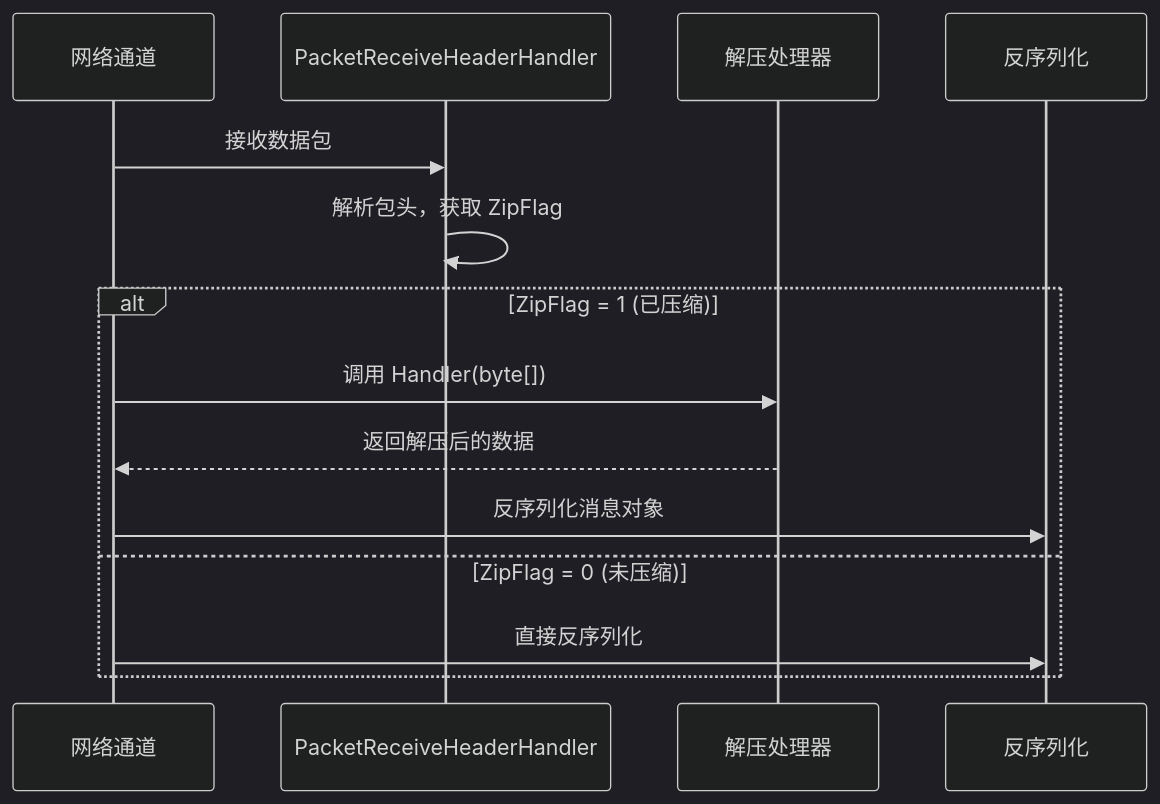
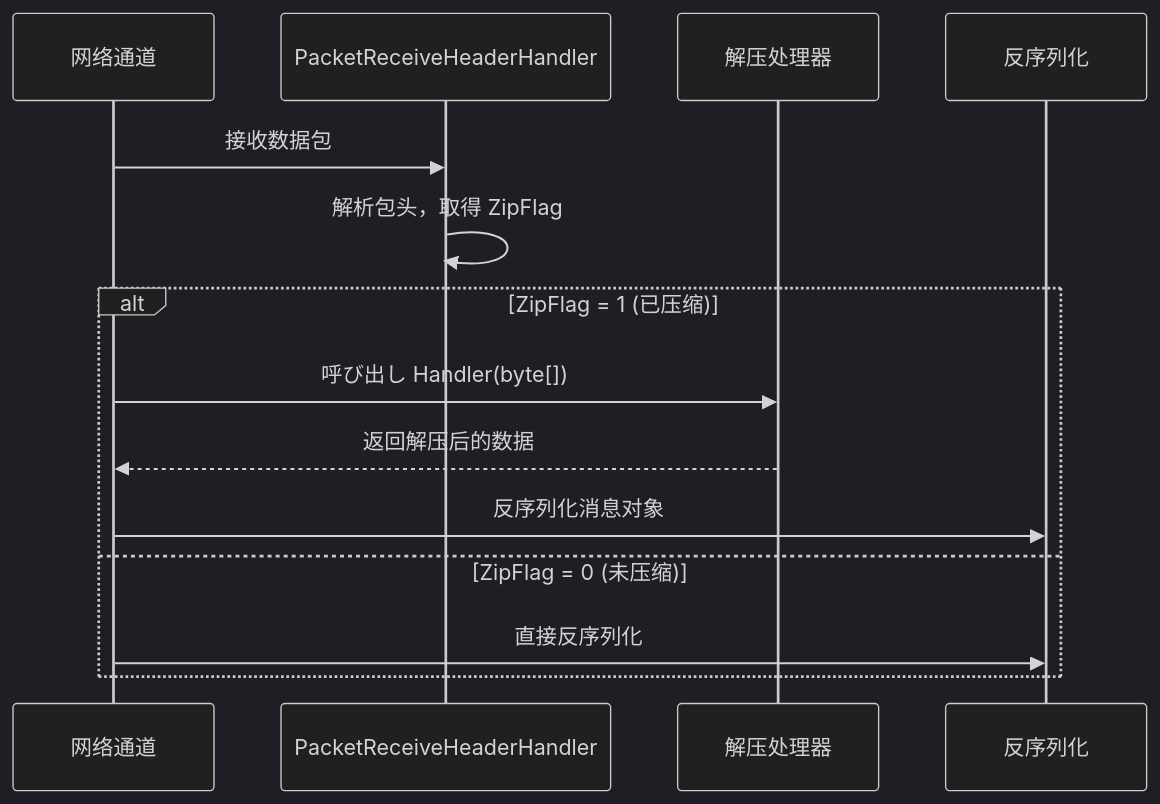
Before and after one commit to AlianBlank/GameFrameX.Docs: the third of 3 diagrams in docs/ja/client/unity/component/network/10.message-compression.md, drawn with Mermaid (dark theme). The commit also changed other lines of this file and 603 other files, not shown here.

````diff
--- a/docs/ja/client/unity/component/network/10.message-compression.md
+++ b/docs/ja/client/unity/component/network/10.message-compression.md
@@ -182,18 +182,18 @@
 ```mermaid
 sequenceDiagram
     participant Network as 网络通道
     participant Header as PacketReceiveHeaderHandler
     participant Decompress as 解压处理器
     participant Deserialize as 反序列化
 
     Network->>Header: 接收数据包
-    Header->>Header: 解析包头，获取 ZipFlag
+    Header->>Header: 解析包头，取得 ZipFlag
     
     alt ZipFlag = 1 (已压缩)
-        Network->>Decompress: 调用 Handler(byte[])
+        Network->>Decompress: 呼び出し Handler(byte[])
         Decompress-->>Network: 返回解压后的数据
         Network->>Deserialize: 反序列化消息对象
     else ZipFlag = 0 (未压缩)
         Network->>Deserialize: 直接反序列化
     end
 ```
````
